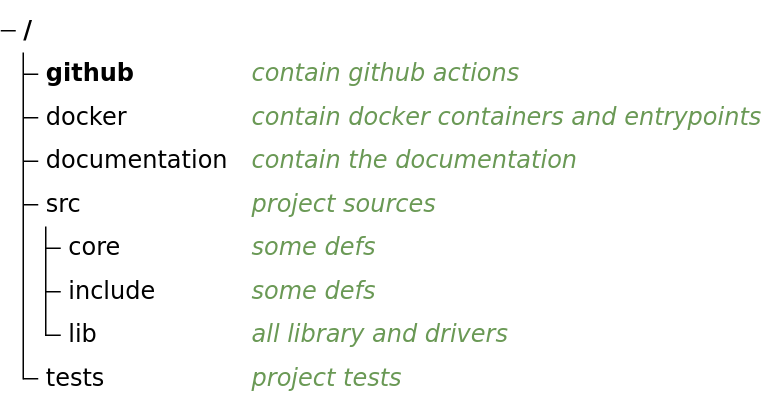
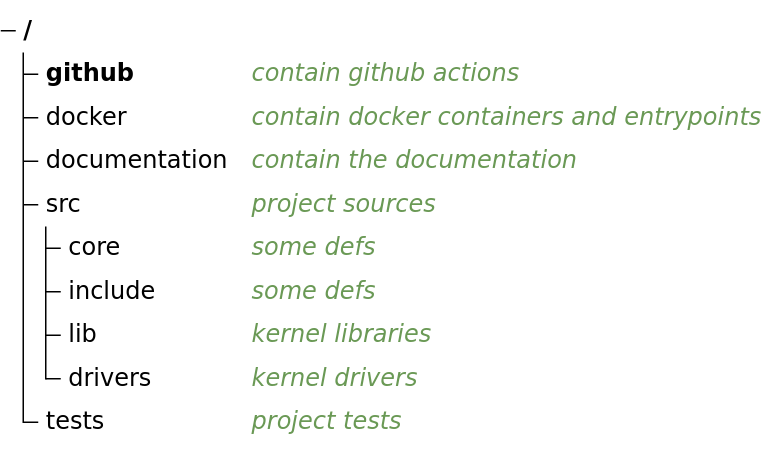
Before and after one commit to Arklog/kfs-1: the diagram in documentation/mermaid/getting_started/project_structure.mmd, drawn with Mermaid. The commit also changed 21 other files, not shown here.

```diff
--- a/documentation/mermaid/getting_started/project_structure.mmd
+++ b/documentation/mermaid/getting_started/project_structure.mmd
@@ -1,17 +1,17 @@
 ---
 config:
     themeVariables:
         treeView:
             labelColor: 'black'
             lineColor: 'black'
-        background: 'transparent'
 ---
 treeView-beta
     "github/"       ## contain github actions
     "docker"        ## contain docker containers and entrypoints
     "documentation" ## contain the documentation
     "src"           ## project sources
         "core"      ## some defs
         "include"   ## some defs
-        "lib"       ## all library and drivers
+        "lib"       ## kernel libraries
+        "drivers"   ## kernel drivers
     "tests"         ## project tests
```
